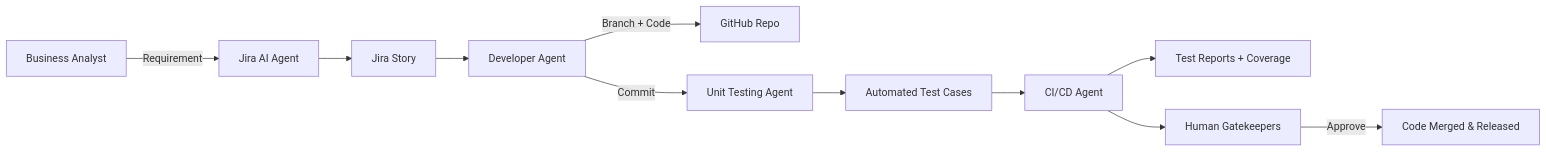
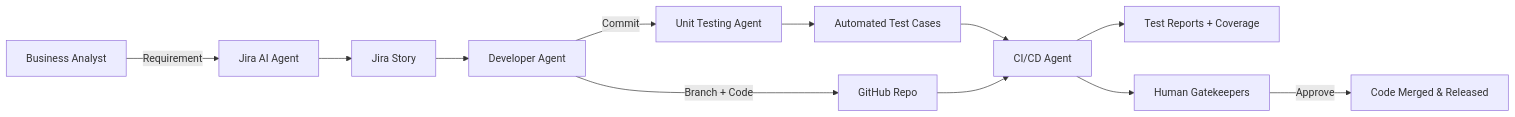
Before and after one commit to ananfauh7/AI-SDLC-VISION: the diagram in README.md, drawn with Mermaid.

````diff
--- a/README.md
+++ b/README.md
@@ -104,13 +104,14 @@
 ```mermaid
 flowchart LR
     BA[Business Analyst] -->|Requirement| JiraAgent[Jira AI Agent]
     JiraAgent --> Stories[Jira Story]
     Stories --> DevAgent[Developer Agent]
     DevAgent -->|Branch + Code| GitHub[GitHub Repo]
     DevAgent -->|Commit| UnitTestAgent[Unit Testing Agent]
     UnitTestAgent --> Tests[Automated Test Cases]
     Tests --> CICDAgent[CI/CD Agent]
+    GitHub --> CICDAgent[CI/CD Agent]
     CICDAgent --> Reports[Test Reports + Coverage]
     CICDAgent --> HumanReview[Human Gatekeepers]
     HumanReview -->|Approve| Merge[Code Merged & Released]
 ```
````
